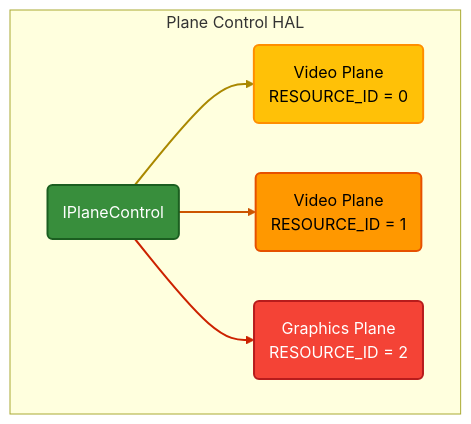
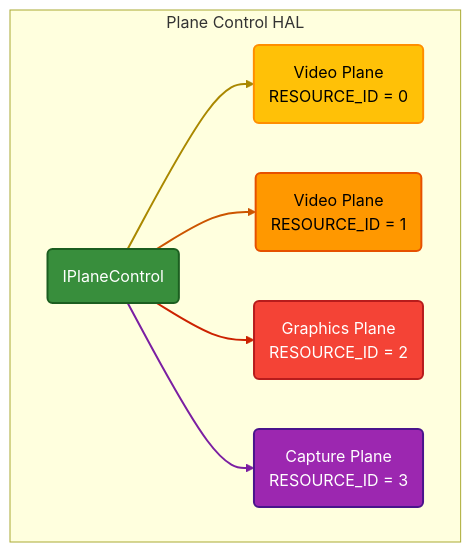
One commit to rdkcentral/rdk-halif-aidl changed the second of 4 diagrams in planecontrol/current/docs/plane_control.md. Above: the diagram before and after it, drawn with Mermaid. The commit also changed other lines of this file and 21 other files, not shown here.

````diff
--- a/planecontrol/current/docs/plane_control.md
+++ b/planecontrol/current/docs/plane_control.md
@@ -174,35 +177,40 @@
 ```mermaid
 graph
 
     %% --- Encapsulating Everything Inside "Audio Decoder HAL" ---
     subgraph Connections["Plane Control HAL"]
         IPlaneControl("IPlaneControl")
 
         %% --- Audio Decoder Manager Service Spawns Instances ---
         IPlaneControl --> ADI1("Video Plane <br> RESOURCE_ID = 0")
         IPlaneControl --> ADI2("Video Plane <br> RESOURCE_ID = 1")
         IPlaneControl --> ADI3("Graphics Plane <br> RESOURCE_ID = 2")
+        IPlaneControl --> ADI4("Capture Plane <br> RESOURCE_ID = 3")
     end
 
     %% --- High Contrast Styling (Rounded Box Simulation) ---
     classDef background fill:#121212,stroke:none,color:#E0E0E0;
     classDef manager fill:#388E3C,stroke:#1B5E20,stroke-width:2px,color:#FFFFFF;
     classDef instance1 fill:#FFC107,stroke:#FF8F00,stroke-width:2px,color:#000000;
     classDef instance2 fill:#FF9800,stroke:#E65100,stroke-width:2px,color:#000000;
     classDef instance3 fill:#F44336,stroke:#B71C1C,stroke-width:2px,color:#FFFFFF;
+    classDef instance4 fill:#9C27B0,stroke:#4A148C,stroke-width:2px,color:#FFFFFF;
 
 
     %% --- Apply Colors ---
     class IPlaneControl manager;
     class ADI1 instance1;
     class ADI2 instance2;
     class ADI3 instance3;
+    class ADI4 instance4;
 
     %% --- Consistent Link Colors Per Instance ---
     %% Yellow for Instance 0
     linkStyle 0 stroke:#AA8800,stroke-width:2px;
     %% Orange for Instance 1
     linkStyle 1 stroke:#CC5500,stroke-width:2px;
     %% Red for Instance 2
     linkStyle 2 stroke:#CC2200,stroke-width:2px;
+    %% Purple for Instance 3
+    linkStyle 3 stroke:#7B1FA2,stroke-width:2px;
 ```
````
